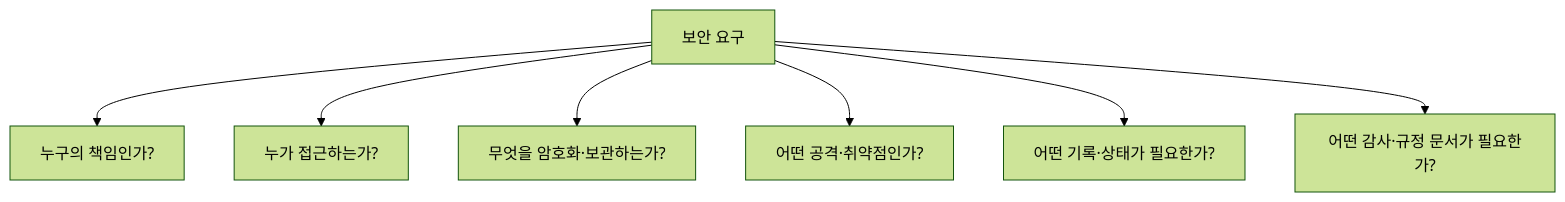
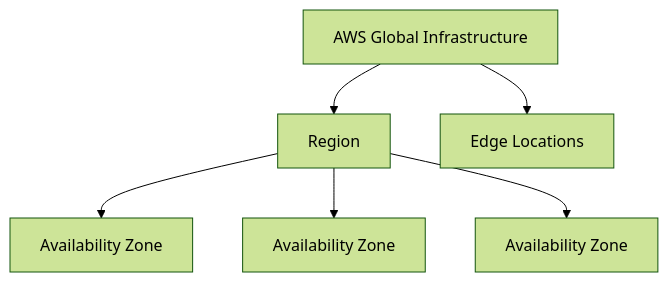
The second of 33 diagrams in content/posts/02.Security/aws/aws-ccp-2/index.md (noir1458/noir1458.github.io), drawn with Mermaid (forest theme) before and after one commit. The commit also changed other lines of this file and 5 other files, not shown here.

````diff
--- a/content/posts/02.Security/aws/aws-ccp-2/index.md
+++ b/content/posts/02.Security/aws/aws-ccp-2/index.md
@@ -22,9 +120,8 @@
 ```mermaid
 flowchart TD
-    Q[보안 요구] --> R[누구의 책임인가?]
-    Q --> I[누가 접근하는가?]
-    Q --> D[무엇을 암호화·보관하는가?]
-    Q --> T[어떤 공격·취약점인가?]
-    Q --> M[어떤 기록·상태가 필요한가?]
-    Q --> C[어떤 감사·규정 문서가 필요한가?]
+    AWS[AWS Global Infrastructure] --> R[Region]
+    R --> A1[Availability Zone]
+    R --> A2[Availability Zone]
+    R --> A3[Availability Zone]
+    AWS --> E[Edge Locations]
 ```
````
